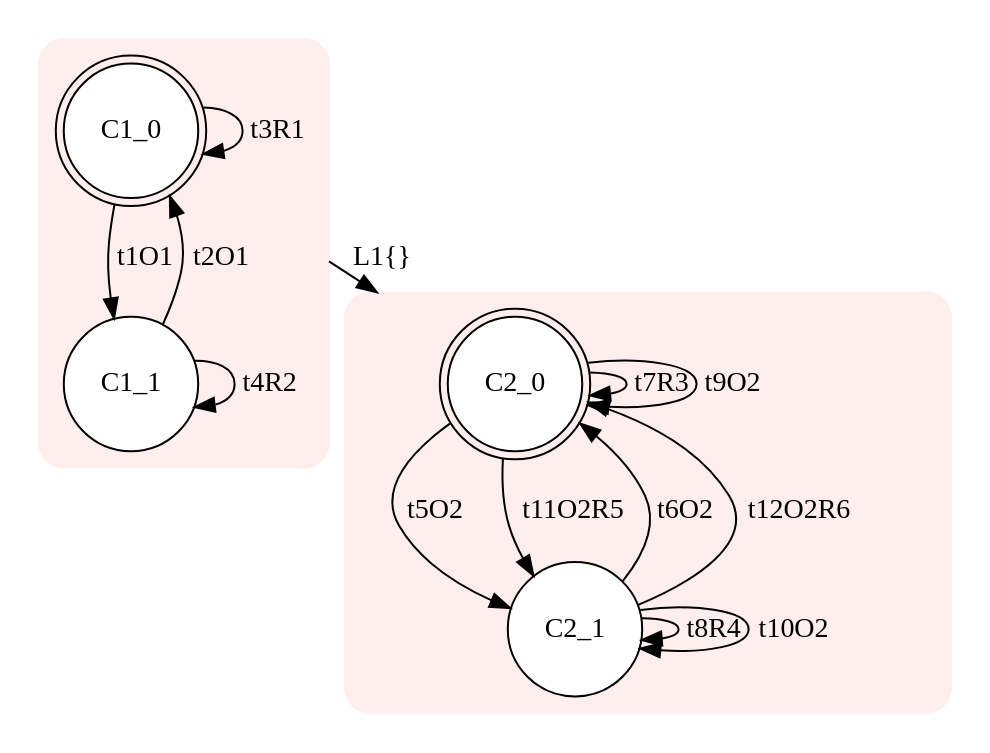
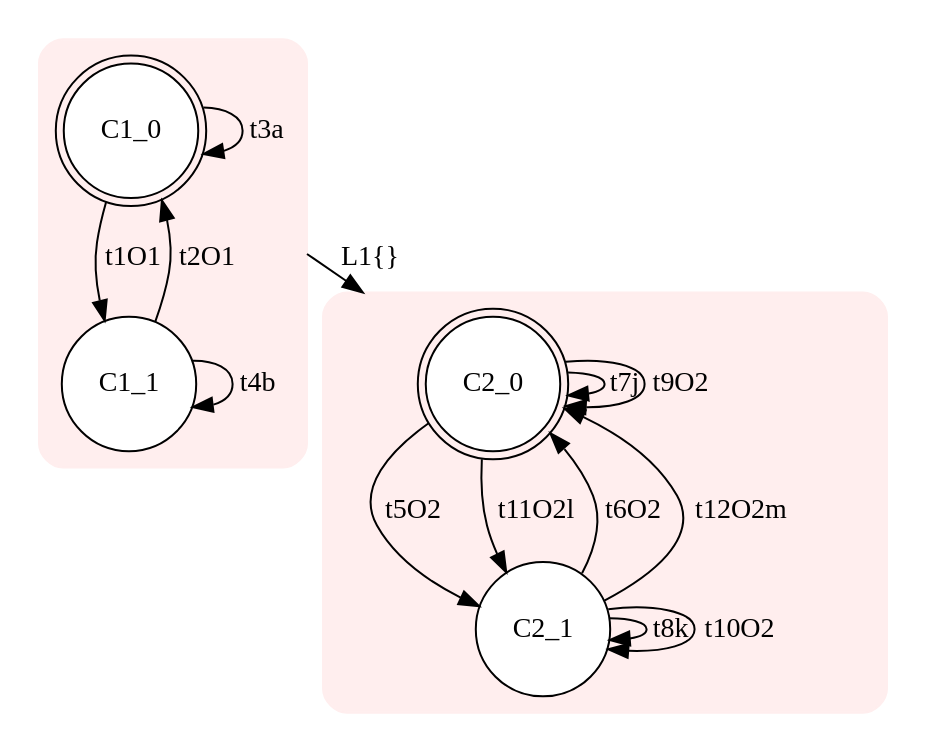
Before and after one commit to Stefano-BS/Explanatory-Diagnosis: the diagram in input/s2.dot, drawn with Graphviz. The commit also changed 71 other files, not shown here.

```diff
--- a/input/s2.dot
+++ b/input/s2.dot
@@ -1,24 +1,24 @@
 digraph "input/s2" {
 node [style=filled fillcolor=white] compound=true
 subgraph cluster1 {
 style="rounded,filled" color="#FFEEEE"node [shape=doublecircle]; C1_0;
 node [shape=circle];
 C1_0 -> C1_1 [label="t1O1"];
 C1_1 -> C1_0 [label="t2O1"];
-C1_0 -> C1_0 [label="t3R1"];
-C1_1 -> C1_1 [label="t4R2"];
+C1_0 -> C1_0 [label="t3a"];
+C1_1 -> C1_1 [label="t4b"];
 }
 subgraph cluster2 {
 style="rounded,filled" color="#FFEEEE"node [shape=doublecircle]; C2_0;
 node [shape=circle];
 C2_0 -> C2_1 [label="t5O2"];
 C2_1 -> C2_0 [label="t6O2"];
-C2_0 -> C2_0 [label="t7R3"];
-C2_1 -> C2_1 [label="t8R4"];
+C2_0 -> C2_0 [label="t7j"];
+C2_1 -> C2_1 [label="t8k"];
 C2_0 -> C2_0 [label="t9O2"];
 C2_1 -> C2_1 [label="t10O2"];
-C2_0 -> C2_1 [label="t11O2R5"];
-C2_1 -> C2_0 [label="t12O2R6"];
+C2_0 -> C2_1 [label="t11O2l"];
+C2_1 -> C2_0 [label="t12O2m"];
 }
 C1_0 -> C2_0 [ltail=cluster1 lhead=cluster2 label="L1{}"];
 }
```
